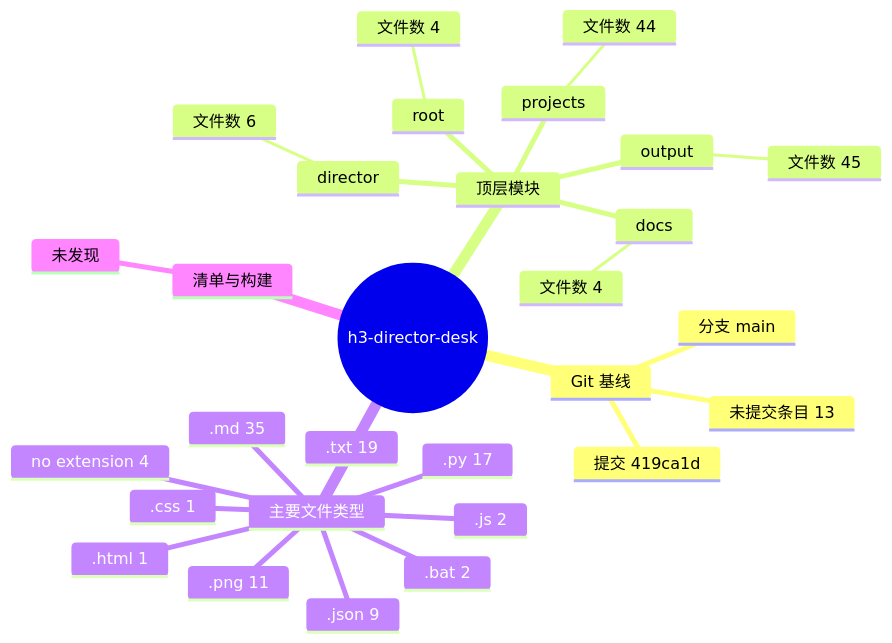
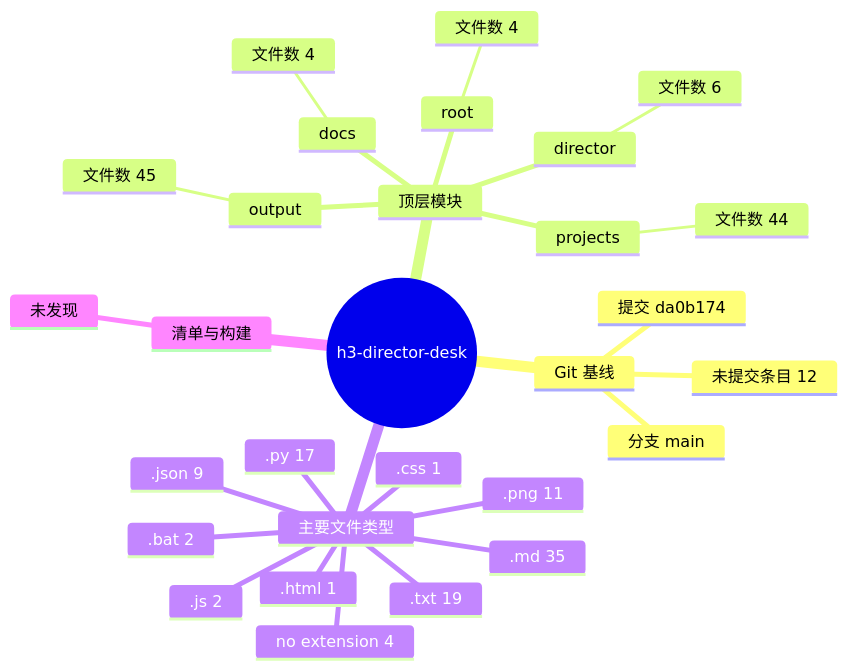
The diagram in docs/project-evolution/mindmaps/repository-structure.md (Exalex/h3-director-desk), drawn with Mermaid before and after one commit. The commit also changed 11 other files, not shown here.

````diff
--- a/docs/project-evolution/mindmaps/repository-structure.md
+++ b/docs/project-evolution/mindmaps/repository-structure.md
@@ -5,32 +5,32 @@
 ```mermaid
 mindmap
   root((h3-director-desk))
     Git 基线
       分支 main
-      提交 419ca1d
-      未提交条目 13
+      提交 da0b174
+      未提交条目 12
     顶层模块
       output
         文件数 45
       projects
         文件数 44
       director
         文件数 6
       root
         文件数 4
       docs
         文件数 4
     主要文件类型
       .md 35
       .txt 19
       .py 17
       .png 11
       .json 9
       no extension 4
       .bat 2
       .js 2
       .html 1
       .css 1
     清单与构建
       未发现
 ```
````
